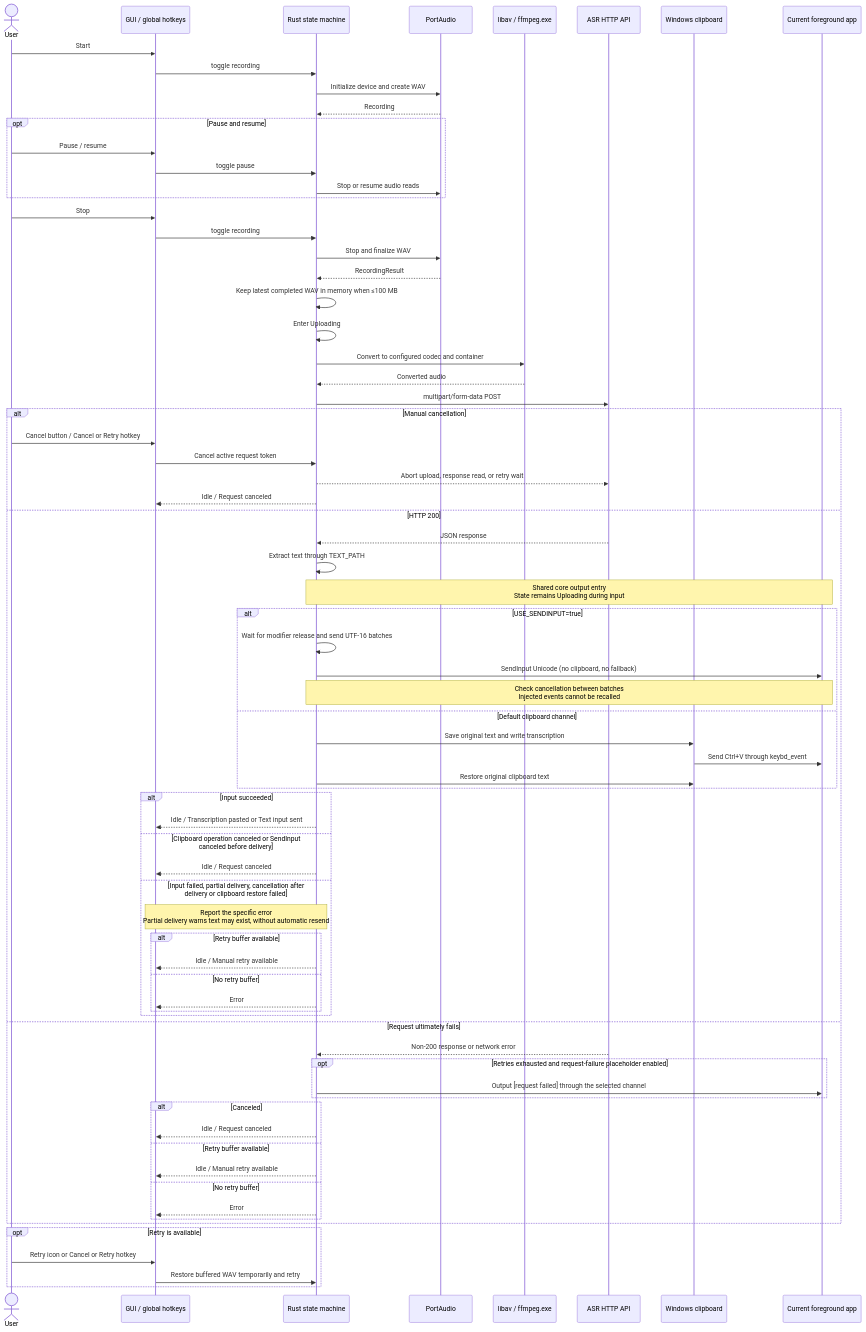
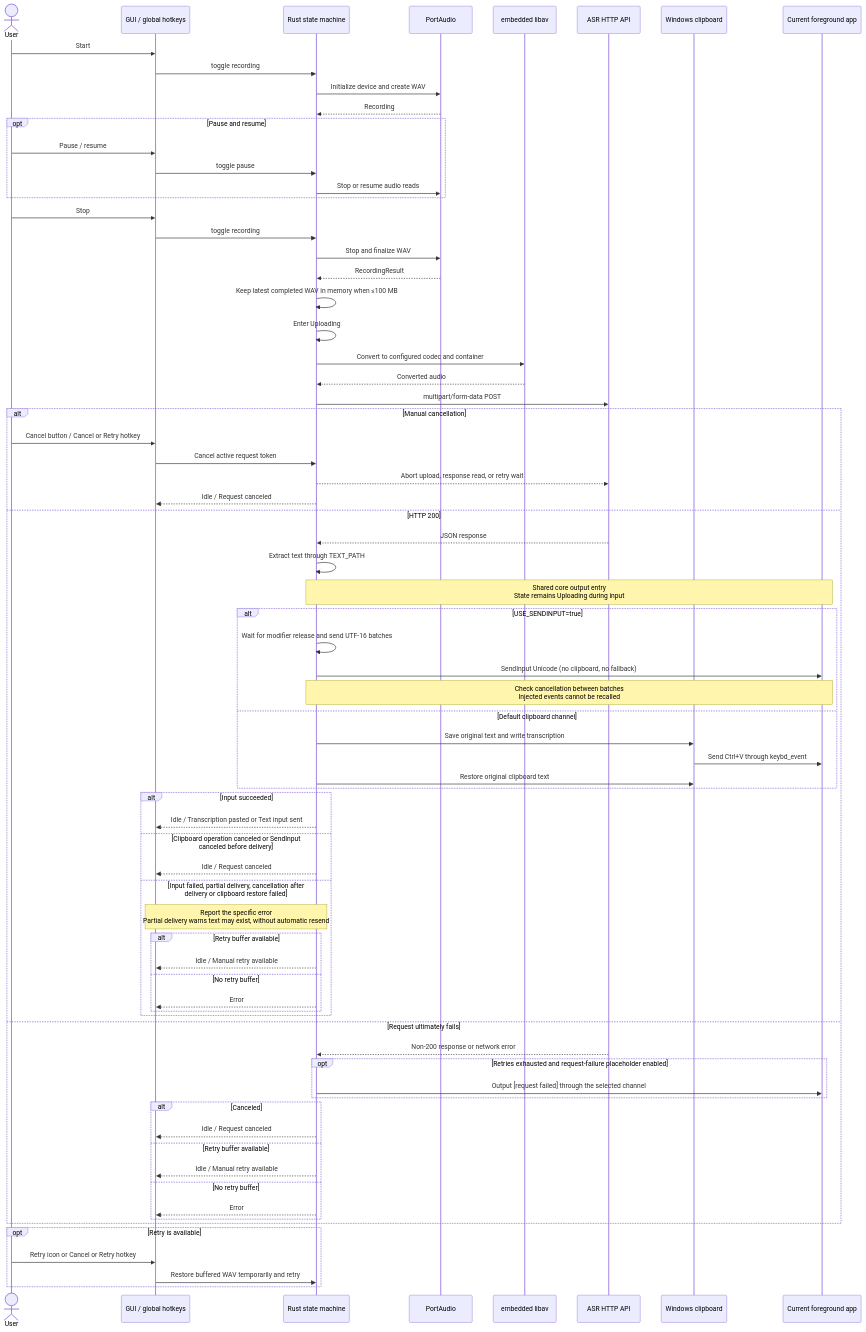
Before and after one commit to Joey-Kot/STT-for-Windows: the second of 3 diagrams in README.md, drawn with Mermaid. The commit also changed other lines of this file and 28 other files, not shown here.

````diff
--- a/README.md
+++ b/README.md
@@ -105,81 +102,81 @@
 ```mermaid
 sequenceDiagram
     actor User
     participant Control as GUI / global hotkeys
     participant Runtime as Rust state machine
     participant Recorder as PortAudio
-    participant Converter as libav / ffmpeg.exe
+    participant Converter as embedded libav
     participant ASR as ASR HTTP API
     participant Clipboard as Windows clipboard
     participant App as Current foreground app
 
     User->>Control: Start
     Control->>Runtime: toggle recording
     Runtime->>Recorder: Initialize device and create WAV
     Recorder-->>Runtime: Recording
 
     opt Pause and resume
         User->>Control: Pause / resume
         Control->>Runtime: toggle pause
         Runtime->>Recorder: Stop or resume audio reads
     end
 
     User->>Control: Stop
     Control->>Runtime: toggle recording
     Runtime->>Recorder: Stop and finalize WAV
     Recorder-->>Runtime: RecordingResult
     Runtime->>Runtime: Keep latest completed WAV in memory when ≤100 MB
     Runtime->>Runtime: Enter Uploading
     Runtime->>Converter: Convert to configured codec and container
     Converter-->>Runtime: Converted audio
     Runtime->>ASR: multipart/form-data POST
 
     alt Manual cancellation
         User->>Control: Cancel button / Cancel or Retry hotkey
         Control->>Runtime: Cancel active request token
         Runtime-->>ASR: Abort upload, response read, or retry wait
         Runtime-->>Control: Idle / Request canceled
     else HTTP 200
         ASR-->>Runtime: JSON response
         Runtime->>Runtime: Extract text through TEXT_PATH
         Note over Runtime,App: Shared core output entry<br/>State remains Uploading during input
         alt USE_SENDINPUT=true
             Runtime->>Runtime: Wait for modifier release and send UTF-16 batches
             Runtime->>App: SendInput Unicode (no clipboard, no fallback)
             Note over Runtime,App: Check cancellation between batches<br/>Injected events cannot be recalled
         else Default clipboard channel
             Runtime->>Clipboard: Save original text and write transcription
             Clipboard->>App: Send Ctrl+V through keybd_event
             Runtime->>Clipboard: Restore original clipboard text
         end
         alt Input succeeded
             Runtime-->>Control: Idle / Transcription pasted or Text input sent
         else Clipboard operation canceled or SendInput canceled before delivery
             Runtime-->>Control: Idle / Request canceled
         else Input failed, partial delivery, cancellation after delivery or clipboard restore failed
             Note over Runtime,Control: Report the specific error<br/>Partial delivery warns text may exist, without automatic resend
             alt Retry buffer available
                 Runtime-->>Control: Idle / Manual retry available
             else No retry buffer
                 Runtime-->>Control: Error
             end
         end
     else Request ultimately fails
         ASR-->>Runtime: Non-200 response or network error
         opt Retries exhausted and request-failure placeholder enabled
             Runtime->>App: Output [request failed] through the selected channel
         end
         alt Canceled
             Runtime-->>Control: Idle / Request canceled
         else Retry buffer available
             Runtime-->>Control: Idle / Manual retry available
         else No retry buffer
             Runtime-->>Control: Error
         end
     end
 
     opt Retry is available
         User->>Control: Retry icon or Cancel or Retry hotkey
         Control->>Runtime: Restore buffered WAV temporarily and retry
     end
 ```
````
